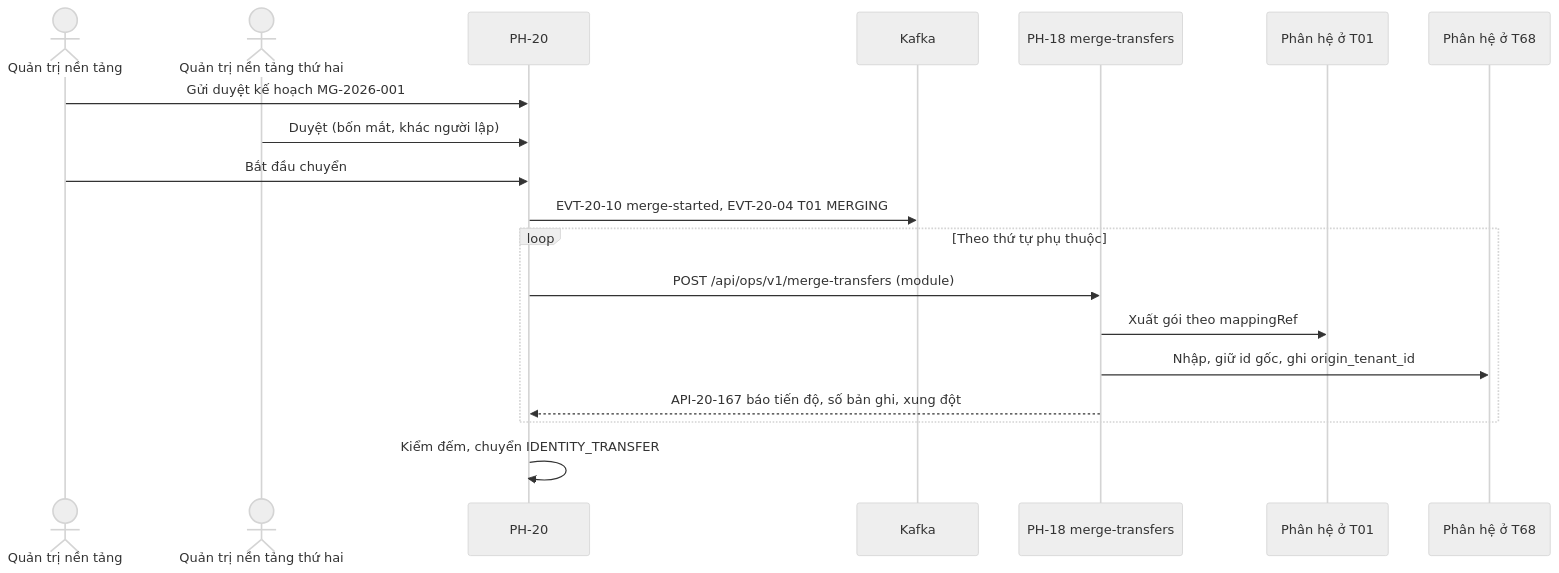
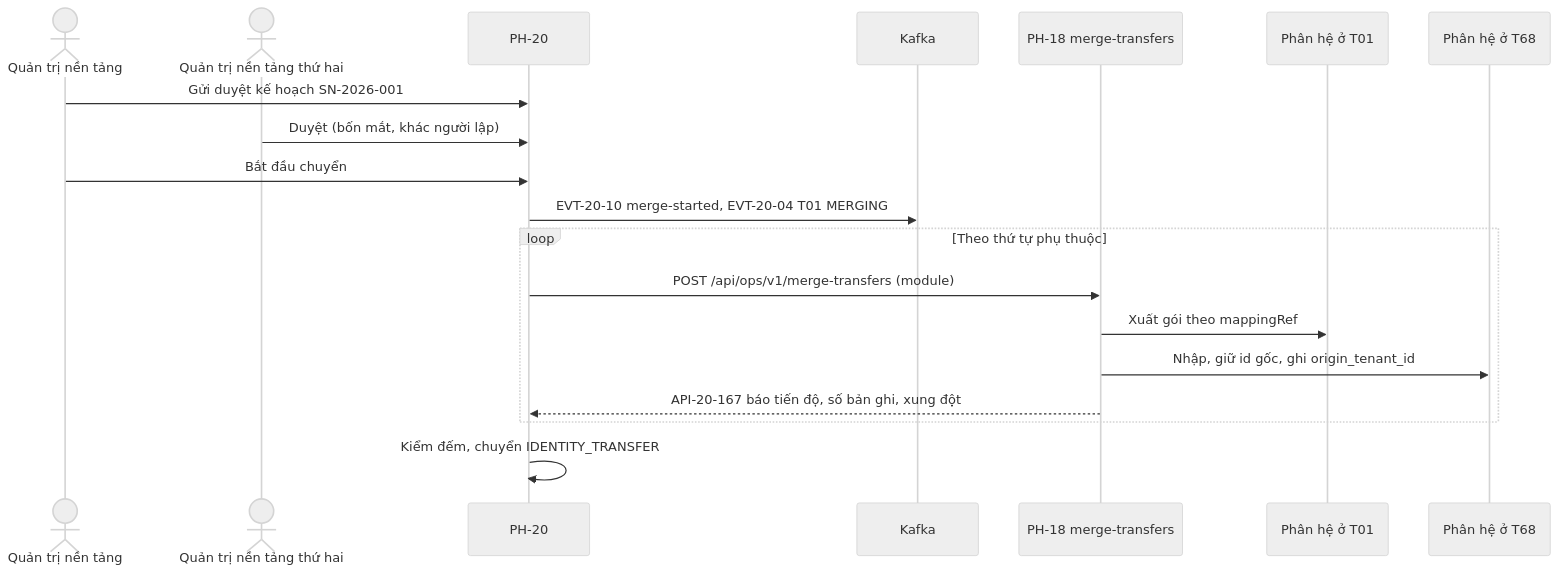
One commit to caprocute/DATAHUB changed diagram 14 of 14 in datahub-docs/02-yeu-cau/frs/D02-03-PH20-frs-quan-tri-tenant.md. Above: the diagram before and after it, drawn with Mermaid (neutral theme). The commit also changed other lines of this file and 36 other files, not shown here.

````diff
--- a/datahub-docs/02-yeu-cau/frs/D02-03-PH20-frs-quan-tri-tenant.md
+++ b/datahub-docs/02-yeu-cau/frs/D02-03-PH20-frs-quan-tri-tenant.md
@@ -3156,21 +3156,21 @@
 ```{.mermaid caption="Trình tự điều phối chuyển dữ liệu sáp nhập T01 vào T68"}
 sequenceDiagram
   actor PA as Quản trị nền tảng
   actor PA2 as Quản trị nền tảng thứ hai
   participant P20 as PH-20
   participant K as Kafka
   participant P18 as PH-18 merge-transfers
   participant SRC as Phân hệ ở T01
   participant DST as Phân hệ ở T68
-  PA->>P20: Gửi duyệt kế hoạch MG-2026-001
+  PA->>P20: Gửi duyệt kế hoạch SN-2026-001
   PA2->>P20: Duyệt (bốn mắt, khác người lập)
   PA->>P20: Bắt đầu chuyển
   P20->>K: EVT-20-10 merge-started, EVT-20-04 T01 MERGING
   loop Theo thứ tự phụ thuộc
     P20->>P18: POST /api/ops/v1/merge-transfers (module)
     P18->>SRC: Xuất gói theo mappingRef
     P18->>DST: Nhập, giữ id gốc, ghi origin_tenant_id
     P18-->>P20: API-20-167 báo tiến độ, số bản ghi, xung đột
   end
   P20->>P20: Kiểm đếm, chuyển IDENTITY_TRANSFER
 ```
````
